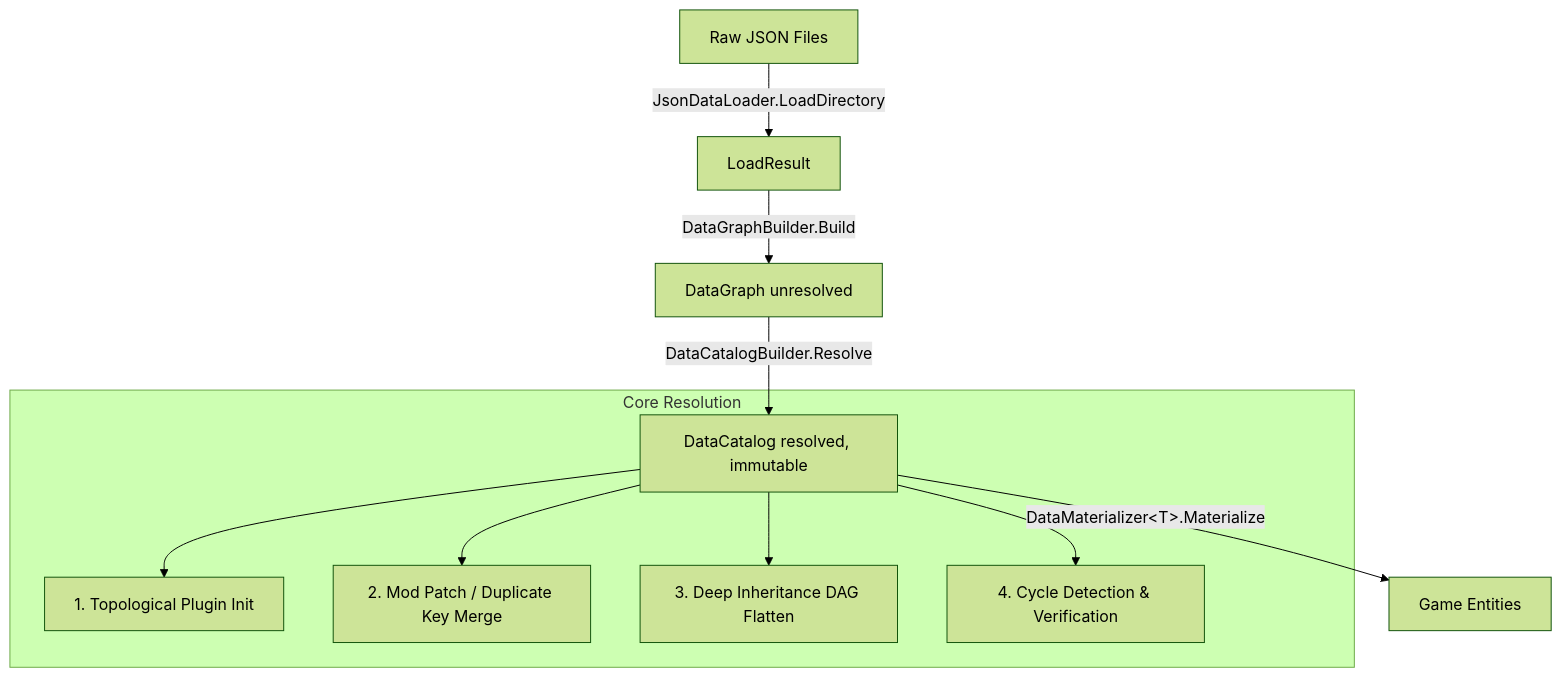
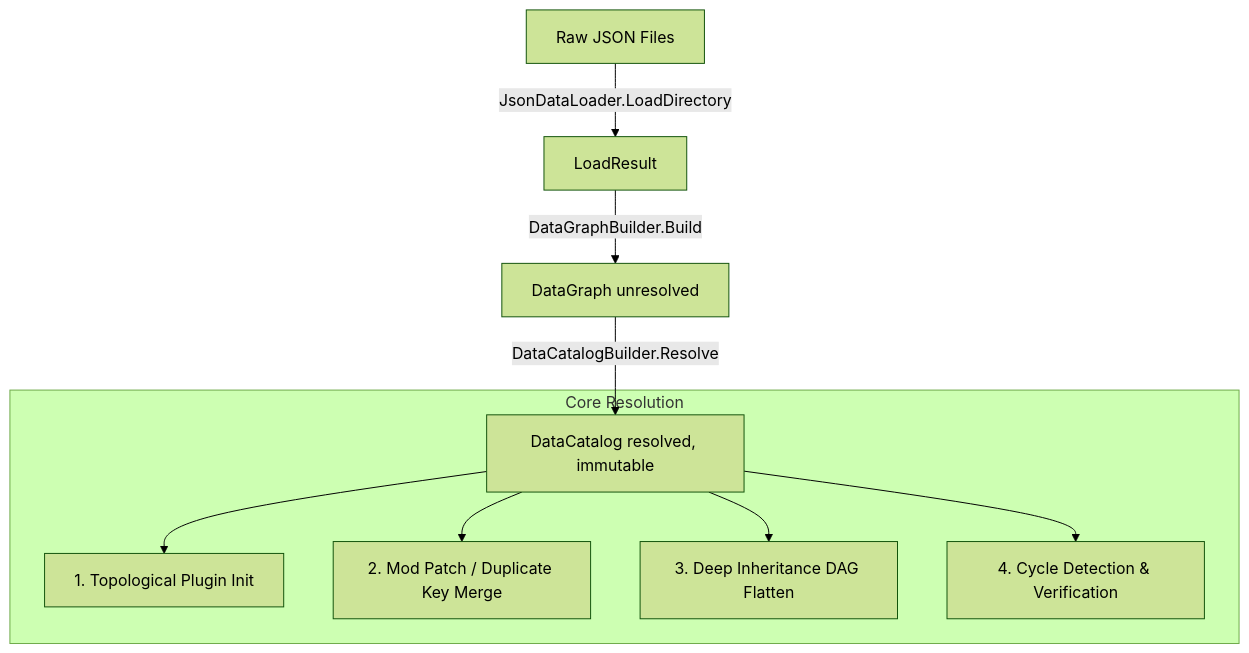
Before and after one commit to fm39hz/DataCatalyst: the diagram in README.md, drawn with Mermaid (forest theme). The commit also changed other lines of this file and 13 other files, not shown here.

````diff
--- a/README.md
+++ b/README.md
@@ -57,14 +58,13 @@
 ```mermaid
 graph TD
     A[Raw JSON Files] -->|JsonDataLoader.LoadDirectory| B[LoadResult]
     B -->|DataGraphBuilder.Build| C[DataGraph unresolved]
     C -->|DataCatalogBuilder.Resolve| D[DataCatalog resolved, immutable]
-    D -->|DataMaterializer&lt;T&gt;.Materialize| E[Game Entities]
 
     subgraph Core Resolution
         D --> D1[1. Topological Plugin Init]
         D --> D2[2. Mod Patch / Duplicate Key Merge]
         D --> D3[3. Deep Inheritance DAG Flatten]
         D --> D4[4. Cycle Detection & Verification]
     end
 ```
````
